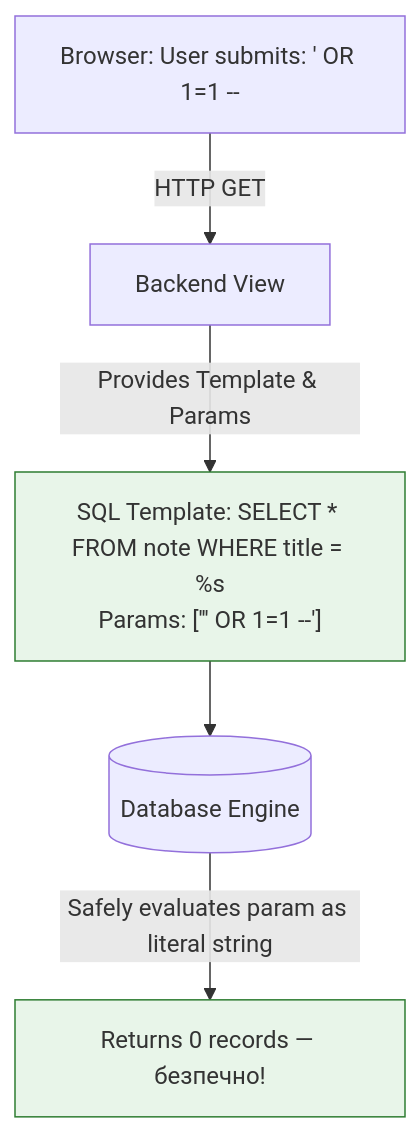
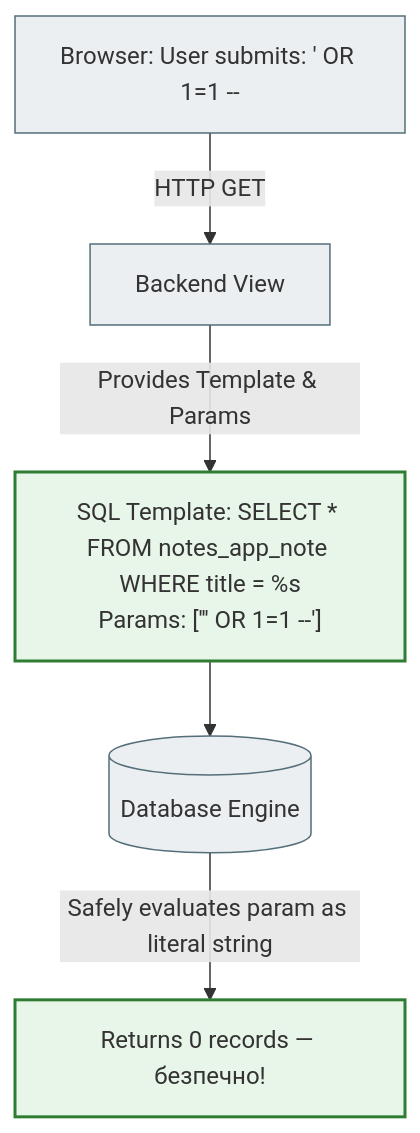
Before and after one commit to NikoriakViktot/notes_chat_app: the third of 4 diagrams in docs/03_database_and_orm/relational_db_foundations_full.md, drawn with Mermaid. The commit also changed other lines of this file and 441 other files, not shown here.

First line of the commit message:
Add English version of the book, Mermaid standard, docs fixes

````diff
--- a/docs/03_database_and_orm/relational_db_foundations_full.md
+++ b/docs/03_database_and_orm/relational_db_foundations_full.md
@@ -907,9 +920,12 @@
 ```mermaid
 graph TD
     A["Browser: User submits: ' OR 1=1 --"] -->|HTTP GET| B[Backend View]
-    B -->|"Provides Template & Params"| C["SQL Template: SELECT * FROM note WHERE title = %s\nParams: [''' OR 1=1 --']"]
+    B -->|"Provides Template & Params"| C["SQL Template: SELECT * FROM notes_app_note WHERE title = %s<br>Params: [''' OR 1=1 --']"]
     C --> D[(Database Engine)]
     D -->|"Safely evaluates param as literal string"| E[Returns 0 records — безпечно!]
-    style C fill:#e8f5e9,stroke:#2e7d32
-    style E fill:#e8f5e9,stroke:#2e7d32
+
+    classDef step     fill:#eceff1,stroke:#546e7a,stroke-width:1px;
+    classDef success  fill:#e8f5e9,stroke:#2e7d32,stroke-width:2px;
+    class A,B,D step;
+    class C,E success;
 ```
````
